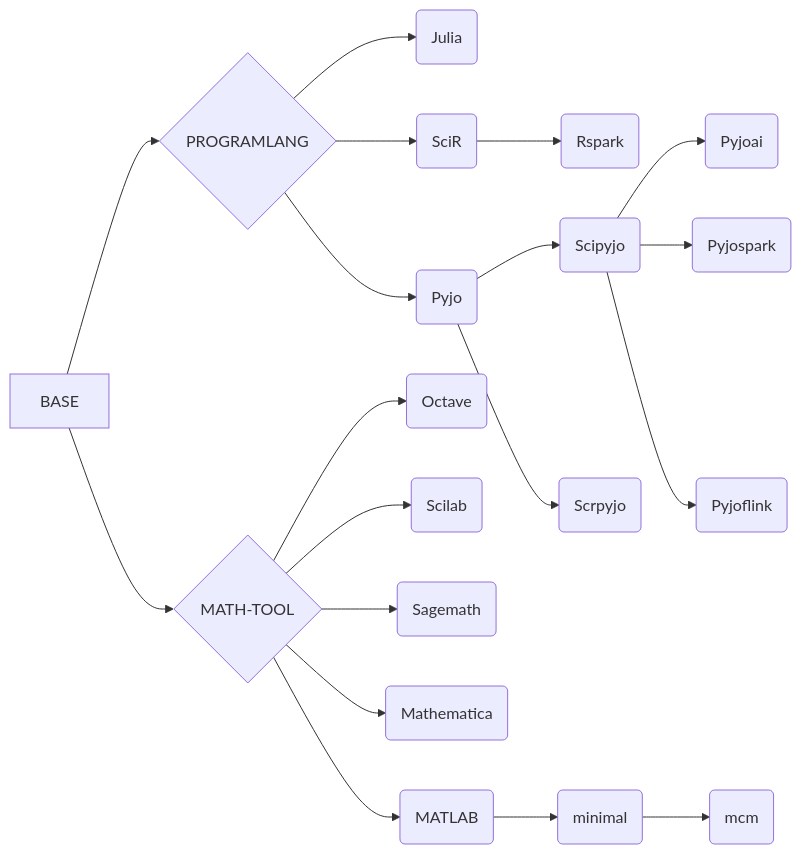
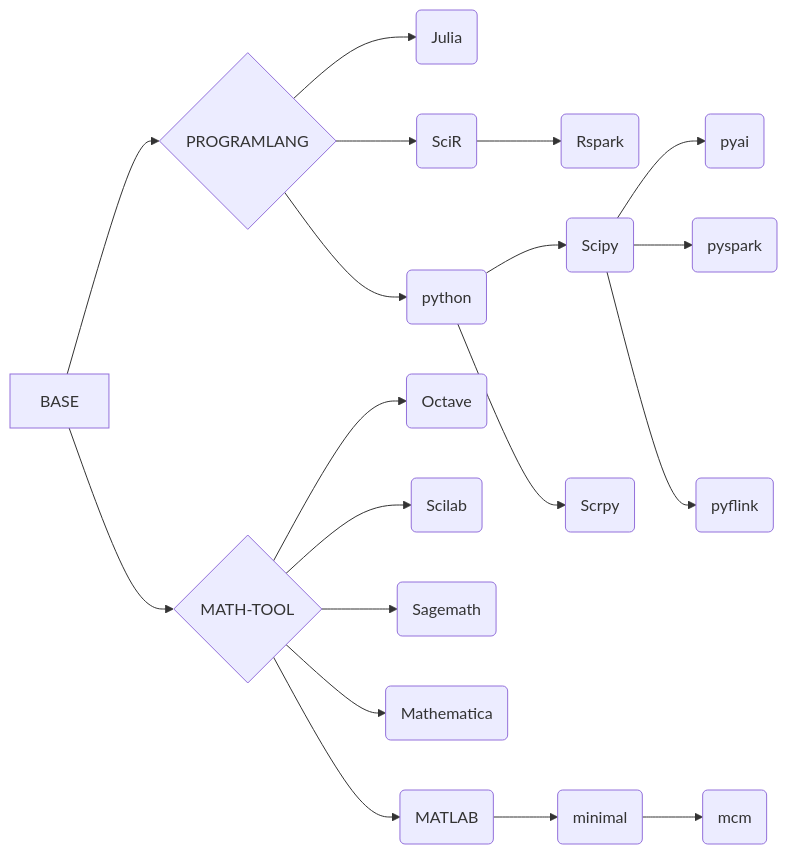
The diagram in README.md (ben0i0d/jupyter), drawn with Mermaid before and after one commit. The commit also changed other lines of this file and 12 other files, not shown here.

````diff
--- a/README.md
+++ b/README.md
@@ -89,17 +87,17 @@
 ```mermaid
 graph LR
 BASE-->PROGRAM{PROGRAMLANG}
 PROGRAM-->PC(Julia)
 PROGRAM-->PD(SciR)-->PDA(Rspark)
-PROGRAM-->PR(Pyjo)
-PR-->PRA(Scipyjo)
-PR-->PRB(Scrpyjo)
-PRA-->PRAA(Pyjoai)  
-PRA-->PRAB(Pyjospark)  
-PRA-->PRAC(Pyjoflink)  
+PROGRAM-->PR(python)
+PR-->PRA(Scipy)
+PR-->PRB(Scrpy)
+PRA-->PRAA(pyai)  
+PRA-->PRAB(pyspark)  
+PRA-->PRAC(pyflink)  
 BASE-->MATH{MATH-TOOL}-->MA(Octave)
 MATH-->MB(Scilab)
 MATH-->MC(Sagemath)
 MATH-->ME(Mathematica)
 MATH-->MD(MATLAB)-->MDA(minimal)-->MDAA(mcm)
 ```
````
